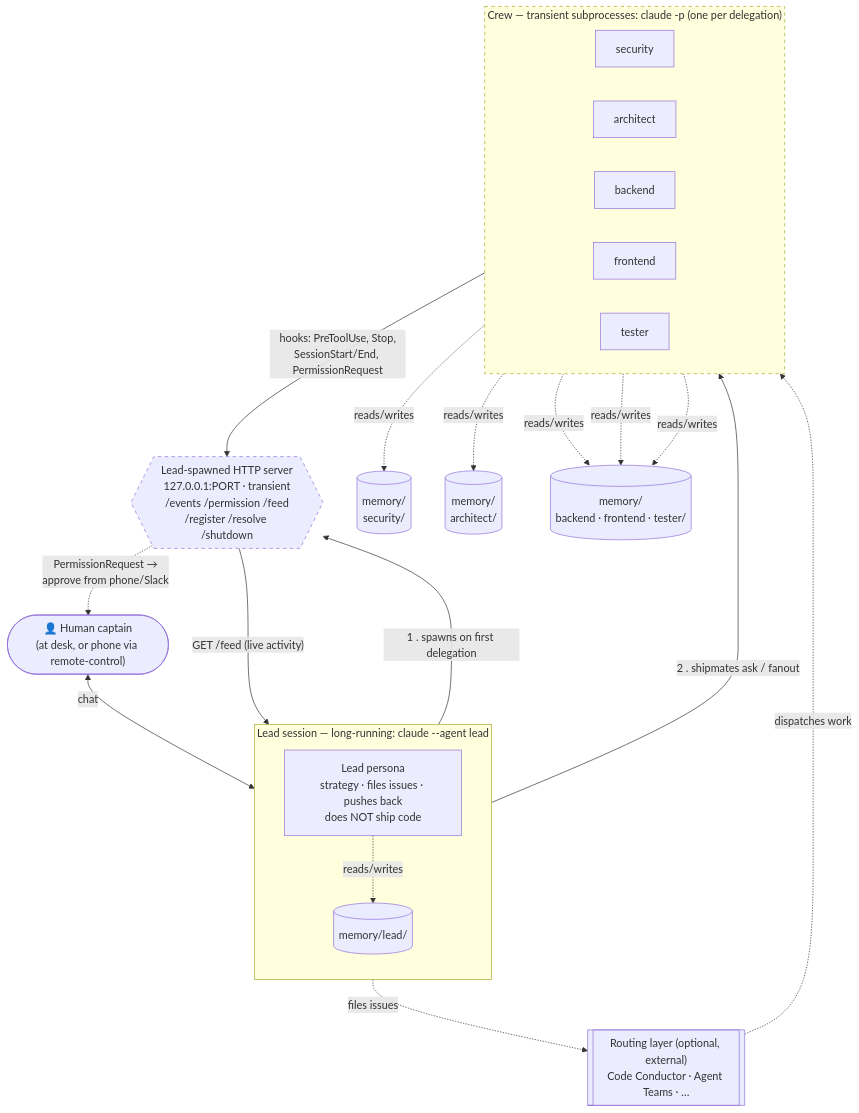
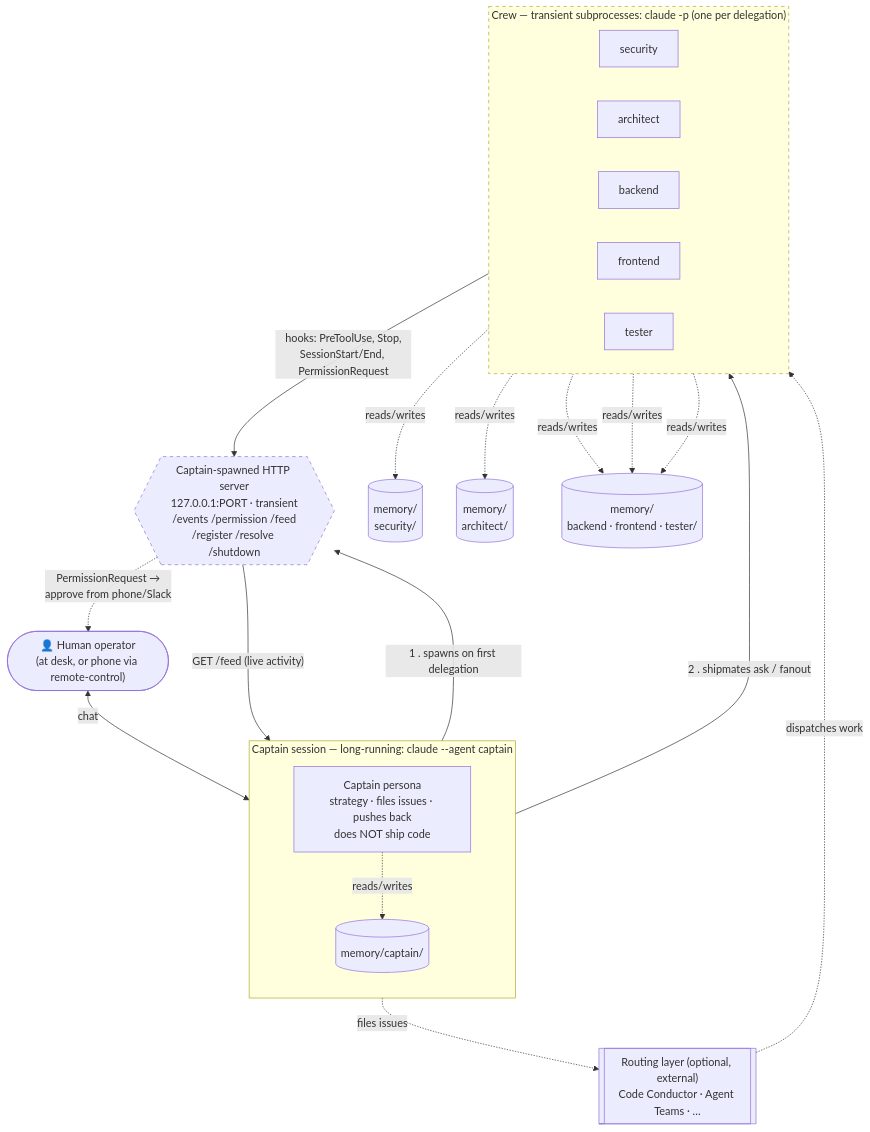
One commit to luthermonson/shipmates changed the first of 4 diagrams in docs/diagrams.md. Above: the diagram before and after it, drawn with Mermaid. The commit also changed other lines of this file and 50 other files, not shown here.

First line of the commit message:
refactor: bridge to Fleet Command, lead to Captain, add Commodore identity

````diff
--- a/docs/diagrams.md
+++ b/docs/diagrams.md
@@ -11,47 +11,47 @@
 ```mermaid
 flowchart TB
-    Human(["👤 Human captain<br/>(at desk, or phone via remote-control)"])
+    Human(["👤 Human operator<br/>(at desk, or phone via remote-control)"])
 
-    subgraph LeadSession["Lead session — long-running: claude --agent lead"]
+    subgraph CaptainSession["Captain session — long-running: claude --agent captain"]
         direction TB
-        LeadAI["Lead persona<br/>strategy · files issues · pushes back<br/>does NOT ship code"]
-        LeadMem[("memory/lead/")]
-        LeadAI -. reads/writes .-> LeadMem
+        CaptainAI["Captain persona<br/>strategy · files issues · pushes back<br/>does NOT ship code"]
+        CaptainMem[("memory/captain/")]
+        CaptainAI -. reads/writes .-> CaptainMem
     end
 
-    Server{{"Lead-spawned HTTP server<br/>127.0.0.1:PORT · transient<br/>/events /permission /feed<br/>/register /resolve /shutdown"}}
+    Server{{"Captain-spawned HTTP server<br/>127.0.0.1:PORT · transient<br/>/events /permission /feed<br/>/register /resolve /shutdown"}}
 
     subgraph CrewBox["Crew — transient subprocesses: claude -p (one per delegation)"]
         direction LR
         Sec["security"]
         Arch["architect"]
         Back["backend"]
         Front["frontend"]
         Test["tester"]
     end
 
     SecMem[("memory/<br/>security/")]
     ArchMem[("memory/<br/>architect/")]
     OtherMem[("memory/<br/>backend · frontend · tester/")]
 
     Routing[["Routing layer (optional, external)<br/>Code Conductor · Agent Teams · …"]]
 
-    Human <-->|chat| LeadAI
-    LeadAI -->|"1 . spawns on first delegation"| Server
-    LeadAI -->|"2 . shipmates ask / fanout"| CrewBox
+    Human <-->|chat| CaptainAI
+    CaptainAI -->|"1 . spawns on first delegation"| Server
+    CaptainAI -->|"2 . shipmates ask / fanout"| CrewBox
     CrewBox -->|"hooks: PreToolUse, Stop,<br/>SessionStart/End, PermissionRequest"| Server
-    Server -->|"GET /feed (live activity)"| LeadAI
+    Server -->|"GET /feed (live activity)"| CaptainAI
     Server -. "PermissionRequest →<br/>approve from phone/Slack" .-> Human
 
     Sec -. reads/writes .-> SecMem
     Arch -. reads/writes .-> ArchMem
     Back -. reads/writes .-> OtherMem
     Front -. reads/writes .-> OtherMem
     Test -. reads/writes .-> OtherMem
 
-    LeadAI -. "files issues" .-> Routing
+    CaptainAI -. "files issues" .-> Routing
     Routing -. "dispatches work" .-> CrewBox
 
     classDef transient stroke-dasharray: 5 5
     class Server,CrewBox transient
 ```
````
